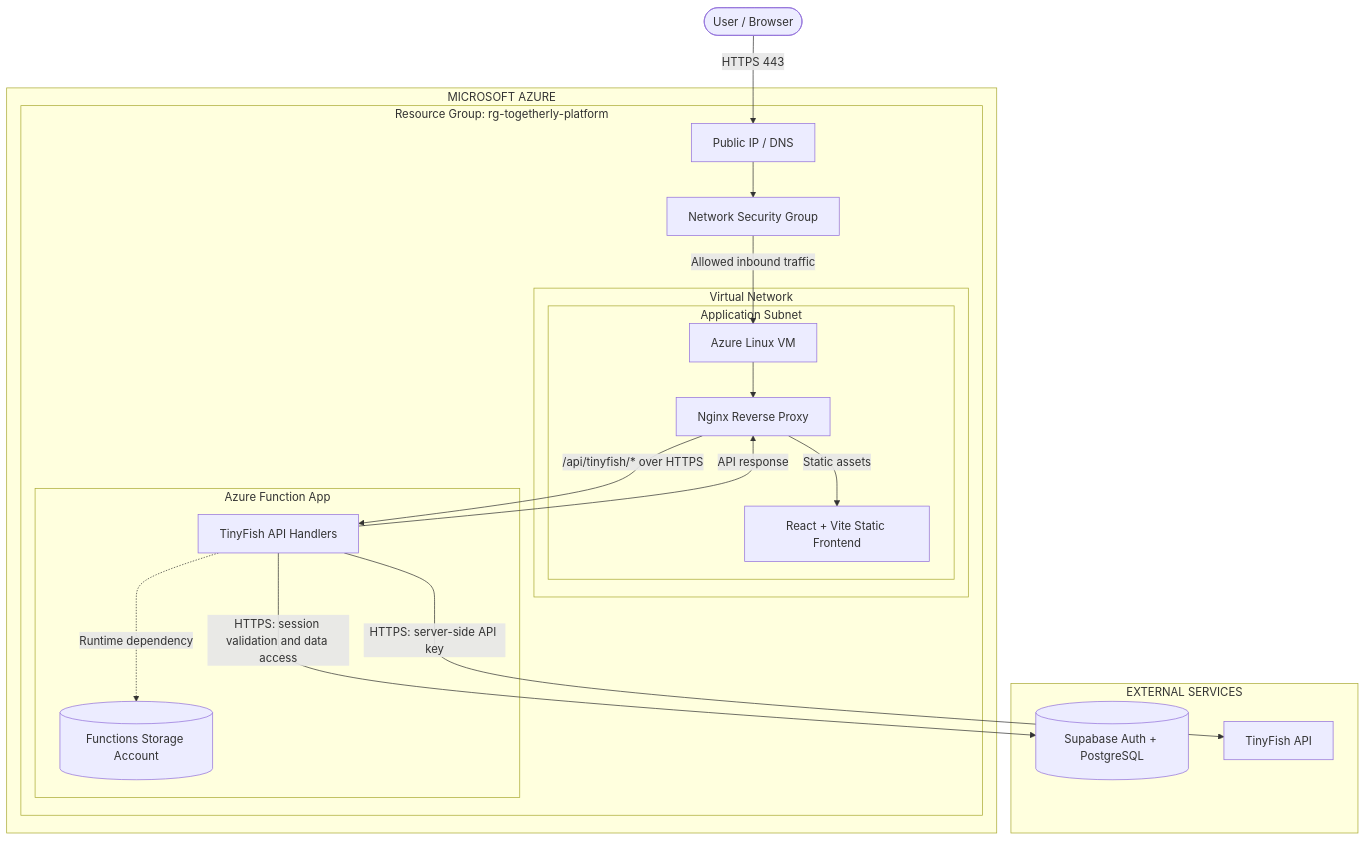
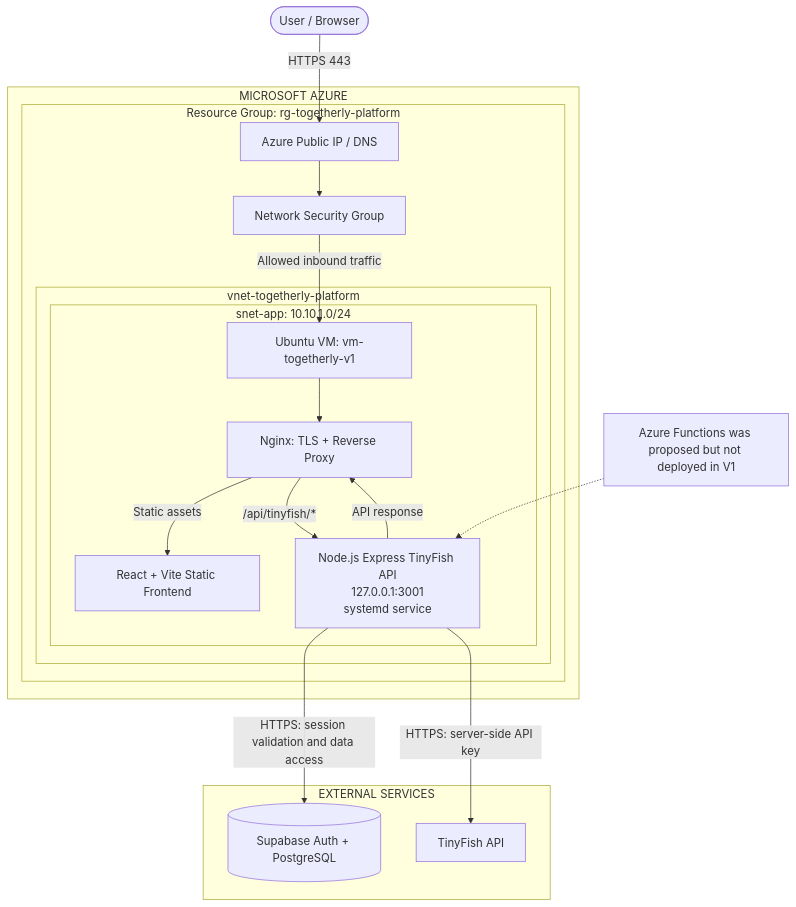
One commit to Faizankhan-cyber/togetherly-azure-platform changed the diagram in docs/architecture/diagrams/v1-architecture.mmd. Above: the diagram before and after it, drawn with Mermaid.

Commit message:
docs(diagram): show actual V1 VM and local API deployment

```diff
--- a/docs/architecture/diagrams/v1-architecture.mmd
+++ b/docs/architecture/diagrams/v1-architecture.mmd
@@ -1,38 +1,35 @@
 flowchart TB
     USER(["User / Browser"])
 
     subgraph AZURE["MICROSOFT AZURE"]
         subgraph RG["Resource Group: rg-togetherly-platform"]
-            PUBLIC["Public IP / DNS"]
+            PUBLIC["Azure Public IP / DNS"]
             NSG["Network Security Group"]
-
-            subgraph VNET["Virtual Network"]
-                subgraph SUBNET["Application Subnet"]
-                    VM["Azure Linux VM"]
-                    NGINX["Nginx Reverse Proxy"]
+            subgraph VNET["vnet-togetherly-platform"]
+                subgraph SUBNET["snet-app: 10.10.1.0/24"]
+                    VM["Ubuntu VM: vm-togetherly-v1"]
+                    NGINX["Nginx: TLS + Reverse Proxy"]
                     FRONTEND["React + Vite Static Frontend"]
+                    API["Node.js Express TinyFish API<br/>127.0.0.1:3001<br/>systemd service"]
                 end
-            end
-
-            subgraph FUNCAPP["Azure Function App"]
-                FUNCTIONS["TinyFish API Handlers"]
-                STORAGE[("Functions Storage Account")]
             end
         end
     end
 
     subgraph EXTERNAL["EXTERNAL SERVICES"]
         SUPABASE[("Supabase Auth + PostgreSQL")]
         TINYFISH["TinyFish API"]
     end
 
     USER -->|"HTTPS 443"| PUBLIC
     PUBLIC --> NSG
     NSG -->|"Allowed inbound traffic"| VM
     VM --> NGINX
     NGINX -->|"Static assets"| FRONTEND
-    NGINX -->|"/api/tinyfish/* over HTTPS"| FUNCTIONS
-    FUNCTIONS -.->|"Runtime dependency"| STORAGE
-    FUNCTIONS -->|"HTTPS: session validation and data access"| SUPABASE
-    FUNCTIONS -->|"HTTPS: server-side API key"| TINYFISH
-    FUNCTIONS -->|"API response"| NGINX
+    NGINX -->|"/api/tinyfish/*"| API
+    API -->|"HTTPS: session validation and data access"| SUPABASE
+    API -->|"HTTPS: server-side API key"| TINYFISH
+    API -->|"API response"| NGINX
+
+    NOTE["Azure Functions was proposed but not deployed in V1"]
+    NOTE -.-> API
```
